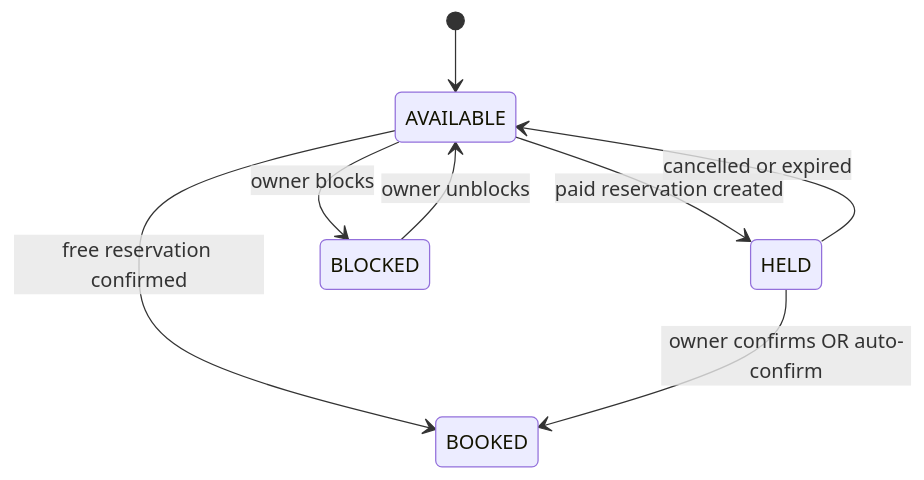
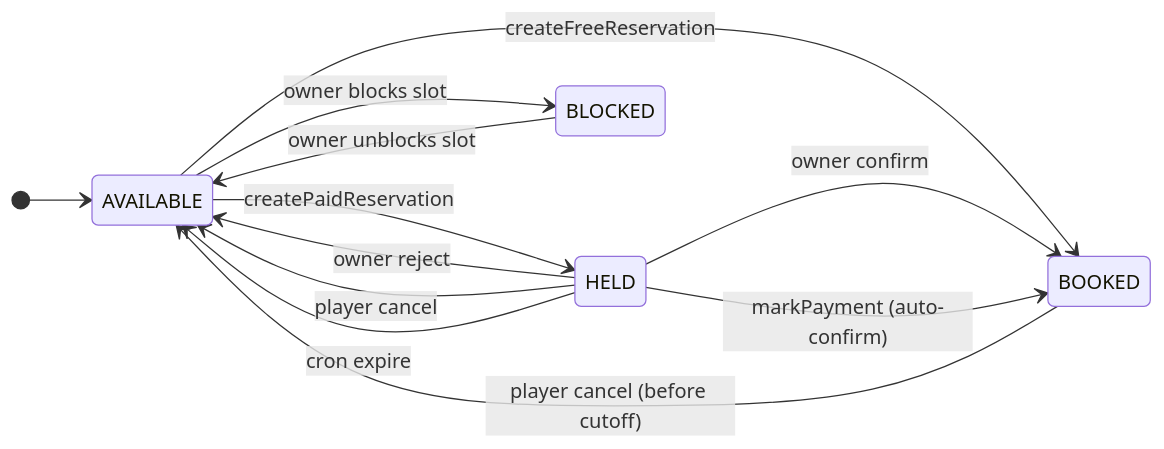
The second of 2 diagrams in docs/reservation-state-machine-level-2-engineering.md (raphaelmans/next16bp), drawn with Mermaid before and after one commit. The commit also changed other lines of this file and 1 other file, not shown here.

````diff
--- a/docs/reservation-state-machine-level-2-engineering.md
+++ b/docs/reservation-state-machine-level-2-engineering.md
@@ -59,10 +91,19 @@
 ```mermaid
 stateDiagram-v2
+  direction LR
   [*] --> AVAILABLE
-  AVAILABLE --> HELD: paid reservation created
-  AVAILABLE --> BOOKED: free reservation confirmed
-  AVAILABLE --> BLOCKED: owner blocks
-  BLOCKED --> AVAILABLE: owner unblocks
-  HELD --> BOOKED: owner confirms OR auto-confirm
-  HELD --> AVAILABLE: cancelled or expired
+
+  AVAILABLE --> HELD: createPaidReservation
+  AVAILABLE --> BOOKED: createFreeReservation
+
+  HELD --> BOOKED: owner confirm
+  HELD --> BOOKED: markPayment (auto-confirm)
+  HELD --> AVAILABLE: owner reject
+  HELD --> AVAILABLE: player cancel
+  HELD --> AVAILABLE: cron expire
+
+  BOOKED --> AVAILABLE: player cancel (before cutoff)
+
+  AVAILABLE --> BLOCKED: owner blocks slot
+  BLOCKED --> AVAILABLE: owner unblocks slot
 ```
````
